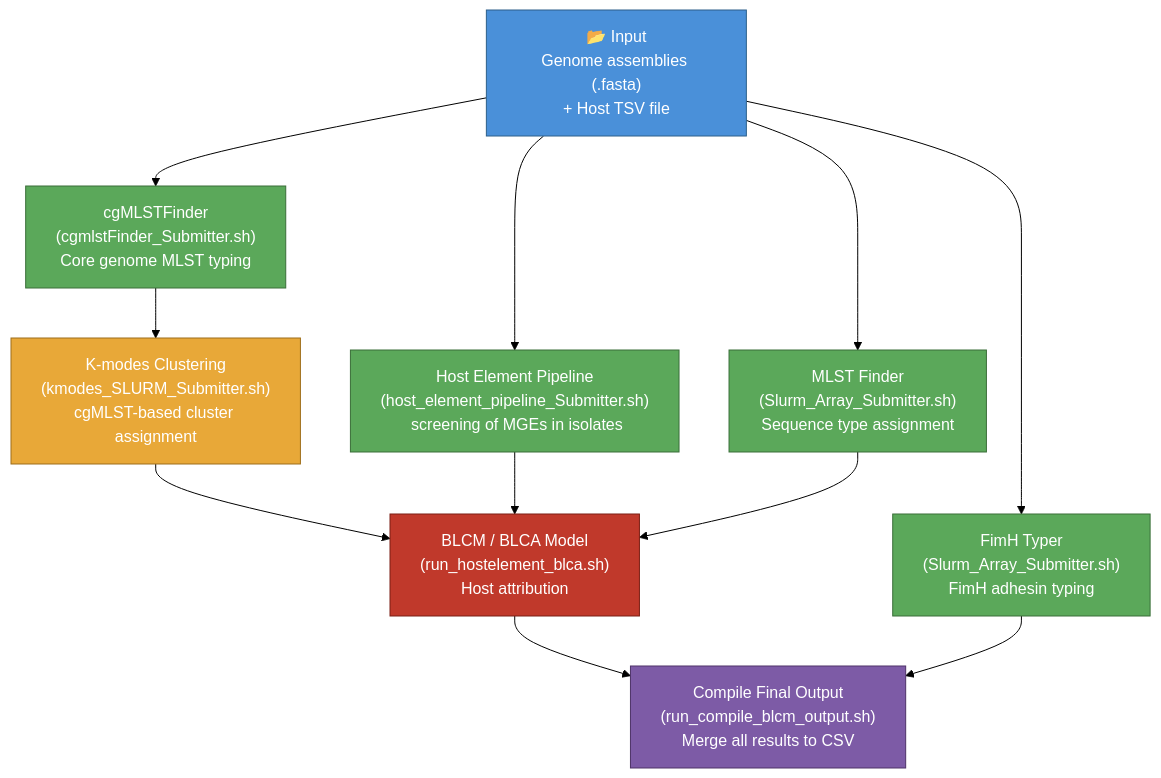
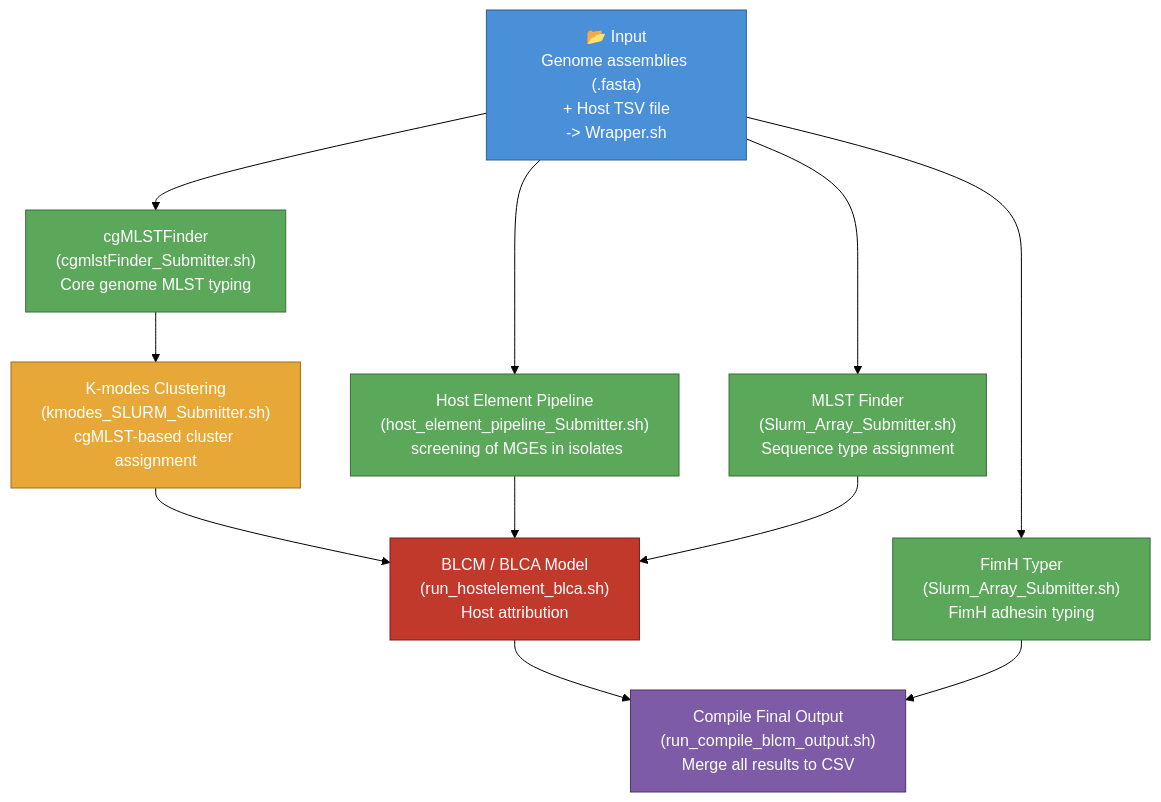
The diagram in Food-epidemiology/host_element_V3/pipeline_diagram.md (Jonedrengen/general_JonThesis), drawn with Mermaid (forest theme) before and after one commit. The commit also changed other lines of this file, not shown here.

Commit message:
add mermaid pipeline diagram update

````diff
--- a/Food-epidemiology/host_element_V3/pipeline_diagram.md
+++ b/Food-epidemiology/host_element_V3/pipeline_diagram.md
@@ -2,27 +4,27 @@
 ```mermaid
 flowchart TD
-    A["📂 Input\nGenome assemblies (.fasta)\n+ Host TSV file"]
+    A["📂 Input\nGenome assemblies (.fasta)\n+ Host TSV file\n-> Wrapper.sh"]
 
     A --> B["cgMLSTFinder\n(cgmlstFinder_Submitter.sh)\nCore genome MLST typing"]
     A --> C["Host Element Pipeline\n(host_element_pipeline_Submitter.sh)\n screening of MGEs in isolates"]
     A --> D["MLST Finder\n(Slurm_Array_Submitter.sh)\nSequence type assignment"]
     A --> E["FimH Typer\n(Slurm_Array_Submitter.sh)\nFimH adhesin typing"]
 
     B --> F["K-modes Clustering\n(kmodes_SLURM_Submitter.sh)\ncgMLST-based cluster assignment"]
 
     F --> G["BLCM / BLCA Model\n(run_hostelement_blca.sh)\nHost attribution"]
     C --> G
     D --> G
 
     G --> H["Compile Final Output\n(run_compile_blcm_output.sh)\nMerge all results to CSV"]
     E --> H
 
     style A fill:#4a90d9,color:#fff,stroke:#2c5f8a
     style B fill:#5ba85a,color:#fff,stroke:#3a6e39
     style C fill:#5ba85a,color:#fff,stroke:#3a6e39
     style D fill:#5ba85a,color:#fff,stroke:#3a6e39
     style E fill:#5ba85a,color:#fff,stroke:#3a6e39
     style F fill:#e8a838,color:#fff,stroke:#9e6e1a
     style G fill:#c0392b,color:#fff,stroke:#7b1f14
     style H fill:#7d5ba6,color:#fff,stroke:#4e3268
 ```
````
